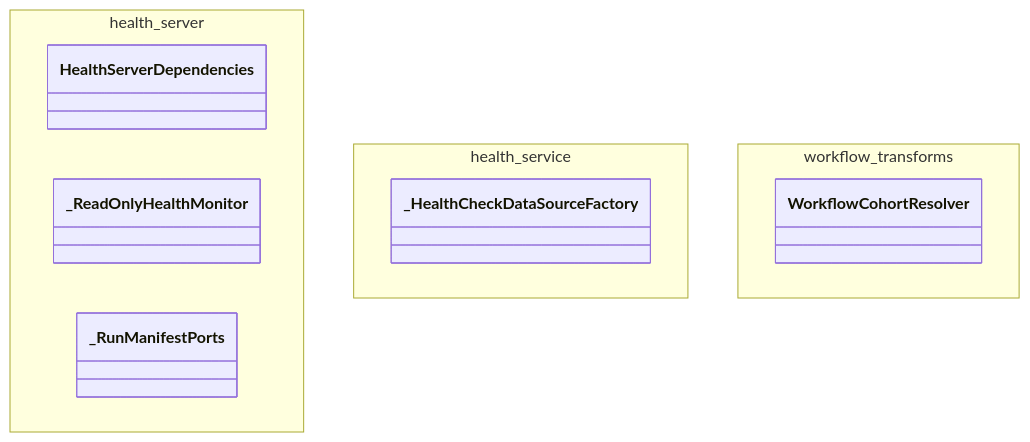
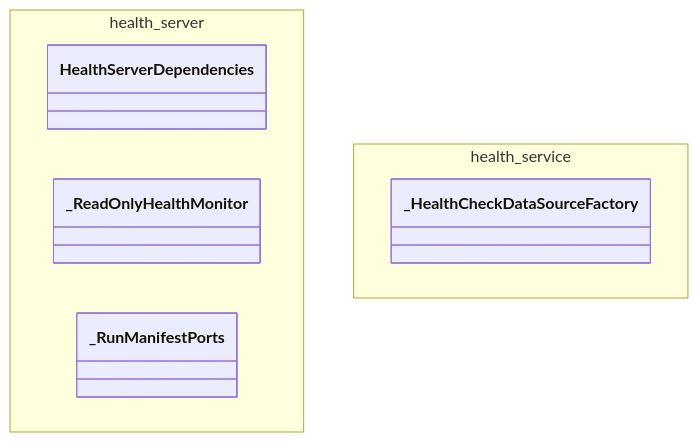
One commit to SatoryKono/BioactivityDataAcquisition changed the diagram in docs/02-architecture/diagrams/class-diagrams/90-pkg-composition-bootstrap-assembly.mmd. Above: the diagram before and after it, drawn with Mermaid. The commit also changed 26 other files, not shown here.

```diff
--- a/docs/02-architecture/diagrams/class-diagrams/90-pkg-composition-bootstrap-assembly.mmd
+++ b/docs/02-architecture/diagrams/class-diagrams/90-pkg-composition-bootstrap-assembly.mmd
@@ -1,24 +1,20 @@
 %% Title: Package Family: composition/bootstrap/assembly
-%% Covers: AST-derived supplemental package-family inventory for src/bioetl/composition/bootstrap/assembly; modules: health_server, health_service, workflow_transforms.
+%% Covers: AST-derived supplemental package-family inventory for src/bioetl/composition/bootstrap/assembly; modules: health_server, health_service.
 %% Components: top-level classes grouped by source module.
 %% @version 1.0.0
 %% @type    classDiagram
 %% @date    2026-10-04
 %% @level   Package Family / Inventory Slice
-%% @nodes   5
+%% @nodes   4
 %% @reference Generated supplemental package-family diagram. Curated class-summary remains narrative-only.
 classDiagram
 
     namespace health_server {
         class HealthServerDependencies
         class _ReadOnlyHealthMonitor
         class _RunManifestPorts
     }
 
     namespace health_service {
         class _HealthCheckDataSourceFactory
     }
-
-    namespace workflow_transforms {
-        class WorkflowCohortResolver
-    }
```
